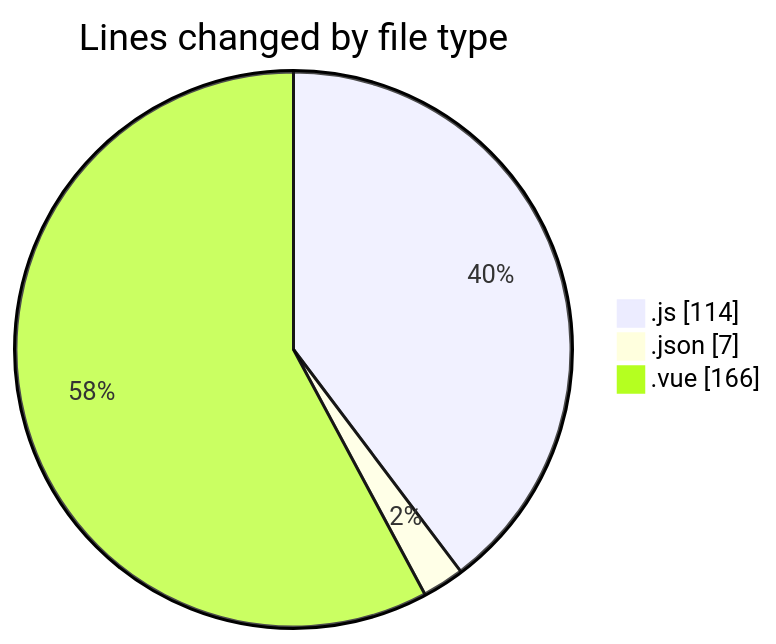
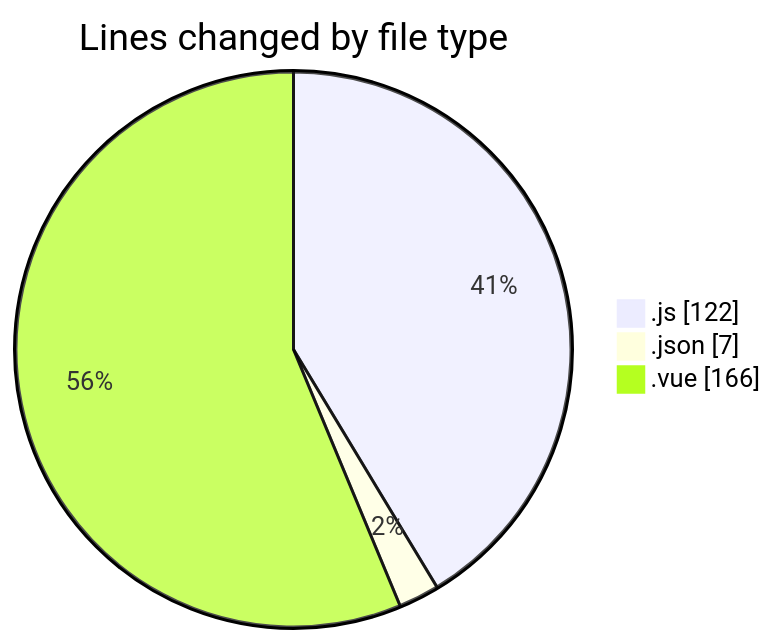
Before and after one commit to jcpc91/code-tracking: the first of 2 diagrams in 2025-05-19/cancelacionsegurosvida/README.md, drawn with Mermaid. The commit also changed other lines of this file and 1 other file, not shown here.

````diff
--- a/2025-05-19/cancelacionsegurosvida/README.md
+++ b/2025-05-19/cancelacionsegurosvida/README.md
@@ -22,7 +22,7 @@
 ```mermaid
 pie showData
 title Lines changed by file type
-".js" : 114
+".js" : 122
 ".json" : 7
 ".vue" : 166
 ```
````
